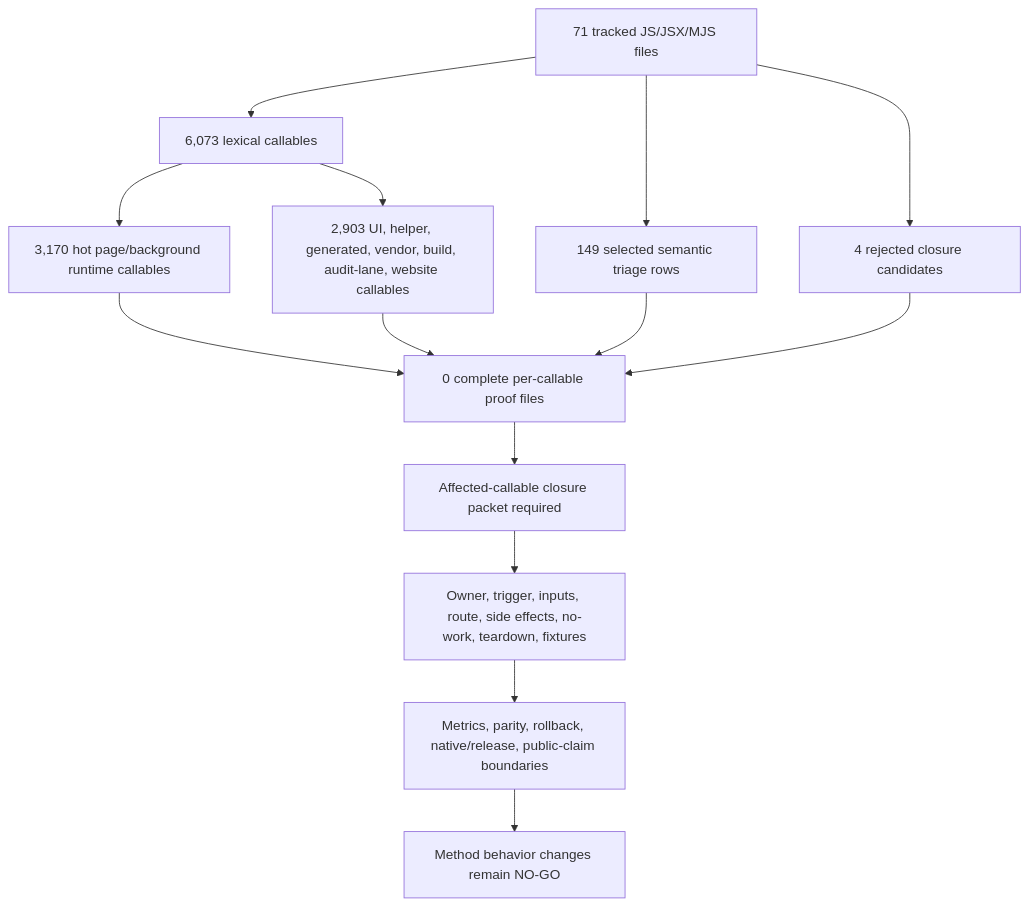
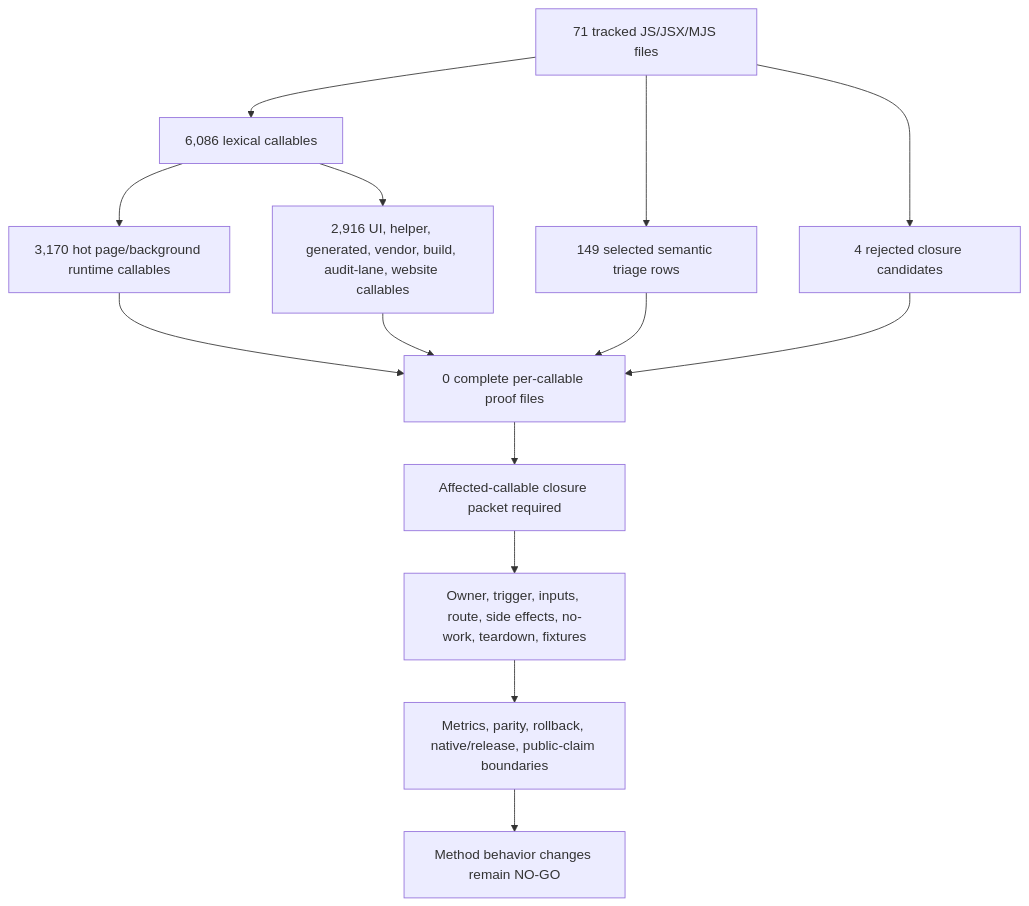
Before and after one commit to varshneydevansh/FilterTube: the first of 2 diagrams in docs/audit/FILTERTUBE_METHOD_SEMANTIC_PROOF_GAP_INDEX_CURRENT_BEHAVIOR_2026-05-25.md, drawn with Mermaid. The commit also changed other lines of this file and 58 other files, not shown here.

````diff
--- a/docs/audit/FILTERTUBE_METHOD_SEMANTIC_PROOF_GAP_INDEX_CURRENT_BEHAVIOR_2026-05-25.md
+++ b/docs/audit/FILTERTUBE_METHOD_SEMANTIC_PROOF_GAP_INDEX_CURRENT_BEHAVIOR_2026-05-25.md
@@ -147,16 +147,16 @@
 ```mermaid
 flowchart TD
-  A["71 tracked JS/JSX/MJS files"] --> B["6,073 lexical callables"]
+  A["71 tracked JS/JSX/MJS files"] --> B["6,086 lexical callables"]
   B --> C["3,170 hot page/background runtime callables"]
-  B --> D["2,903 UI, helper, generated, vendor, build, audit-lane, website callables"]
+  B --> D["2,916 UI, helper, generated, vendor, build, audit-lane, website callables"]
   A --> E["149 selected semantic triage rows"]
   A --> F["4 rejected closure candidates"]
   C --> G["0 complete per-callable proof files"]
   D --> G
   E --> G
   F --> G
   G --> H["Affected-callable closure packet required"]
   H --> I["Owner, trigger, inputs, route, side effects, no-work, teardown, fixtures"]
   I --> J["Metrics, parity, rollback, native/release, public-claim boundaries"]
   J --> K["Method behavior changes remain NO-GO"]
 ```
````
